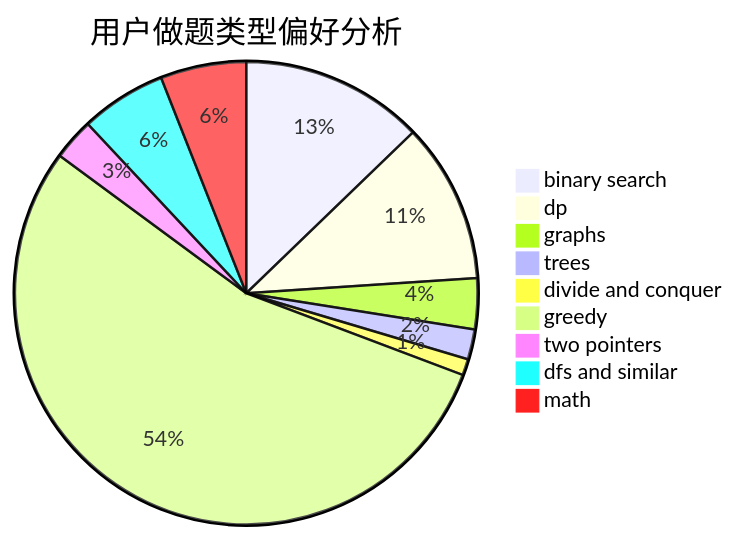
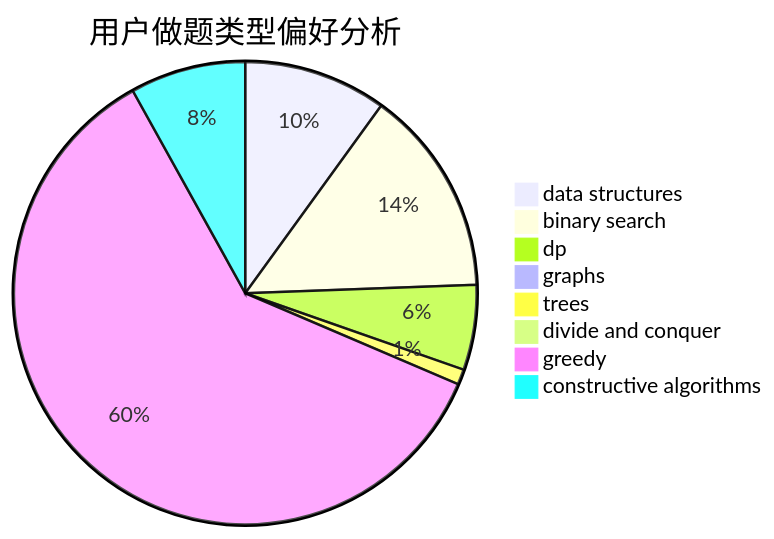
The second of 3 diagrams in docs/user/u2127.md (sherpahu/cfrs.github.io), drawn with Mermaid before and after one commit. The commit also changed other lines of this file and 2775 other files, not shown here.

````diff
--- a/docs/user/u2127.md
+++ b/docs/user/u2127.md
@@ -23,12 +23,11 @@
 ```mermaid
 pie title 用户做题类型偏好分析
-    "binary search" :  79
-    "dp" :  69
-    "graphs" :  22
-    "trees" :  13
-    "divide and conquer" :  7
-    "greedy" :  336
-    "two pointers" :  18
-    "dfs and similar" :  37
-    "math" :  37
+    "data structures" :  47
+    "binary search" :  68
+    "dp" :  28
+    "graphs" :  4
+    "trees" :  5
+    "divide and conquer" :  0
+    "greedy" :  285
+    "constructive algorithms" :  38
 ```
````
